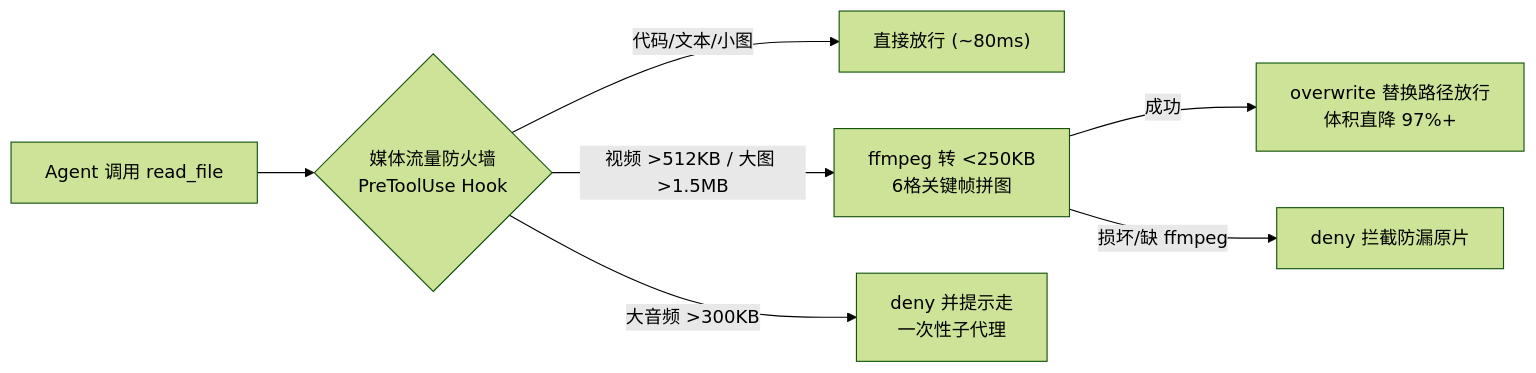
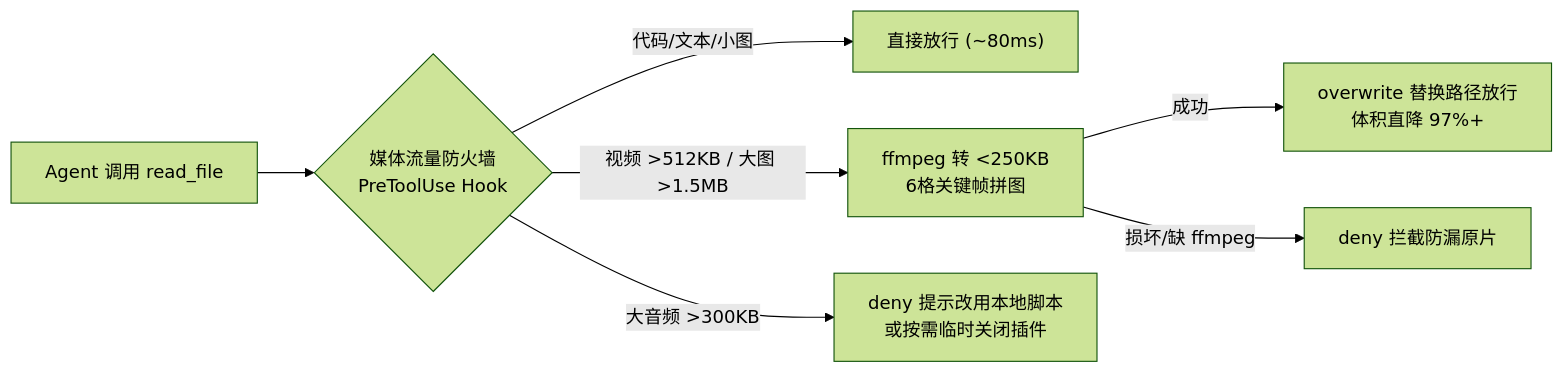
Before and after one commit to zhangzhangwudi2-creator/antigravity-traffic-guard: the diagram in README.md, drawn with Mermaid (forest theme). The commit also changed other lines of this file and 5 other files, not shown here.

````diff
--- a/README.md
+++ b/README.md
@@ -24,9 +24,9 @@
 ```mermaid
 flowchart LR
   A["Agent 调用 read_file"] --> B{"媒体流量防火墙<br/>PreToolUse Hook"}
   B -- "代码/文本/小图" --> C["直接放行 (~80ms)"]
   B -- "视频 >512KB / 大图 >1.5MB" --> D["ffmpeg 转 <250KB<br/>6格关键帧拼图"]
   D -- "成功" --> E["overwrite 替换路径放行<br/>体积直降 97%+"]
   D -- "损坏/缺 ffmpeg" --> F["deny 拦截防漏原片"]
-  B -- "大音频 >300KB" --> G["deny 并提示走<br/>一次性子代理"]
+  B -- "大音频 >300KB" --> G["deny 提示改用本地脚本<br/>或按需临时关闭插件"]
 ```
````
